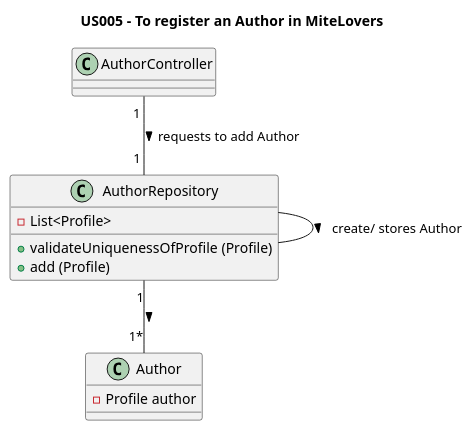
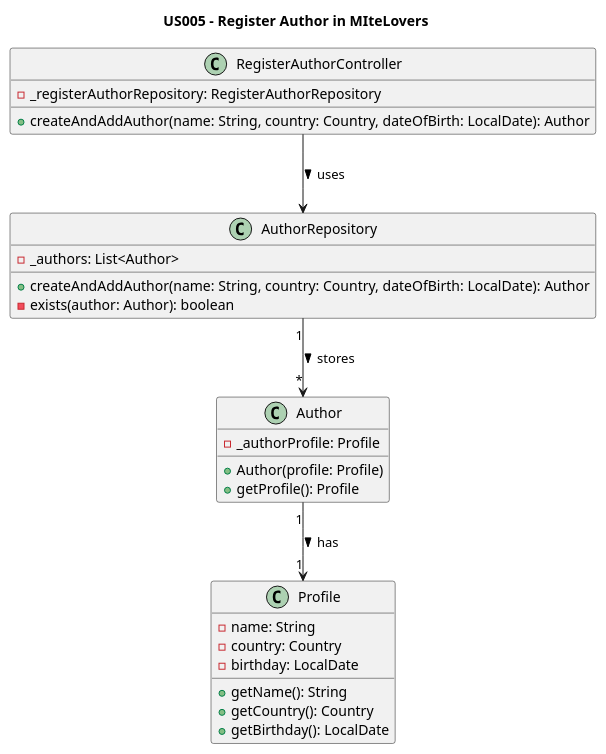
The diagram in Diagrams/ClassDiagrams/US005 - To register an Author in MiteLovers.puml (AndrePereiraGitH/SWitCH-Project-Team_A), drawn with PlantUML before and after one commit. The commit also changed 7 other files, not shown here.

Commit message:
Working on #81, #80, #79, #78. Created Class and sequence diagrams for US003 and US005

```diff
--- a/Diagrams/ClassDiagrams/US005 - To register an Author in MiteLovers.puml
+++ b/Diagrams/ClassDiagrams/US005 - To register an Author in MiteLovers.puml
@@ -1,24 +1,34 @@
 @startuml
-title US005 - To register an Author in MiteLovers
+title US005 - Register Author in MIteLovers
 
-class AuthorController {
+class RegisterAuthorController {
+  -_registerAuthorRepository: RegisterAuthorRepository
+  +createAndAddAuthor(name: String, country: Country, dateOfBirth: LocalDate): Author
 }
 
 class AuthorRepository {
-  -List<Profile>
-  +validateUniquenessOfProfile (Profile)
-  +add (Profile)
-
-}
-class Author {
-  -Profile author
+  -_authors: List<Author>
+  +createAndAddAuthor(name: String, country: Country, dateOfBirth: LocalDate): Author
+  -exists(author: Author): boolean
 }
 
-' Interactions
+class Author {
+  -_authorProfile: Profile
+  +Author(profile: Profile)
+  +getProfile(): Profile
+}
 
-AuthorController "1 " -- "1 " AuthorRepository : requests to add Author >
-AuthorRepository  --  AuthorRepository :  create/ stores Author >
-AuthorRepository "1" --  "1*" Author : >
+class Profile {
+  -name: String
+  -country: Country
+  -birthday: LocalDate
+  +getName(): String
+  +getCountry(): Country
+  +getBirthday(): LocalDate
+}
 
+RegisterAuthorController --> AuthorRepository : uses >
+AuthorRepository "1" --> "*" Author : stores >
+Author "1" --> "1" Profile : has >
 
 @enduml
```
